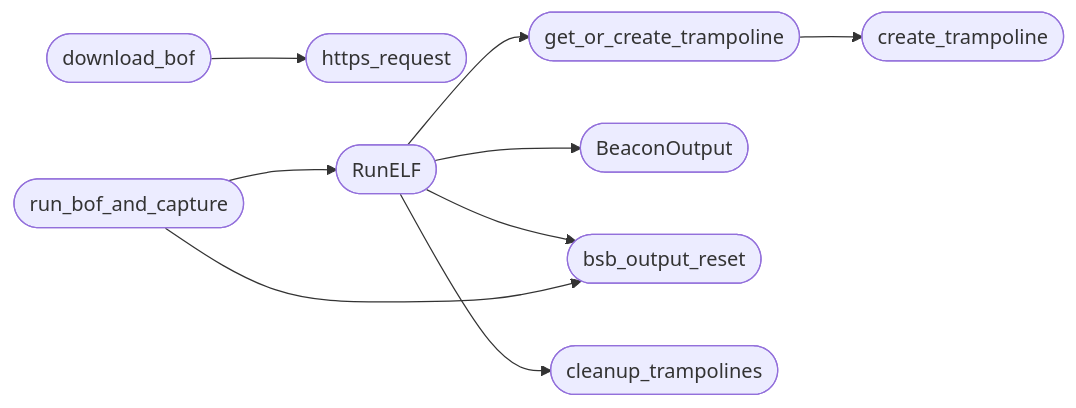
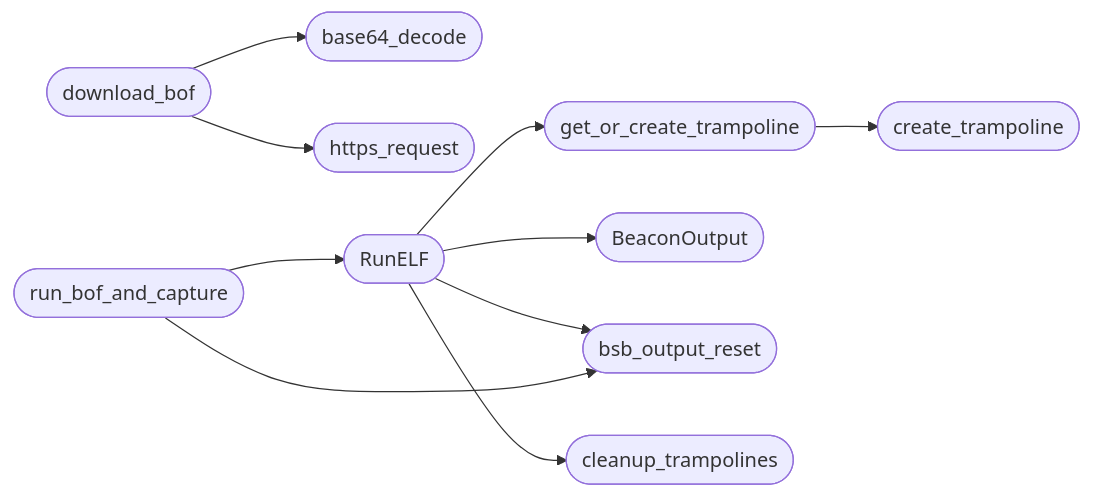
The second of 2 diagrams in readmenator-apidocs/modules/include.beacon_common.c.md (grisuno/blacksandbeacon), drawn with Mermaid before and after one commit. The commit also changed other lines of this file and 160 other files, not shown here.

First line of the commit message:
fix(bof): decode base64 BOF payload in beacon; W^X trampolines; forced stack alignment in BOF call; hex to sha256// pin conversion; activate round-trip and TLS pinning integration tests; move legacy snapshots

````diff
--- a/readmenator-apidocs/modules/include.beacon_common.c.md
+++ b/readmenator-apidocs/modules/include.beacon_common.c.md
@@ -26,20 +26,22 @@
 ```mermaid
 flowchart LR
     n_include_beacon_common_c__get_or_create_trampoline(["get_or_create_trampoline"])
     n_include_beacon_common_c__create_trampoline(["create_trampoline"])
     n_include_beacon_common_c__download_bof(["download_bof"])
+    n_include_beacon_common_c__base64_decode(["base64_decode"])
     n_include_beacon_common_c__https_request(["https_request"])
     n_include_beacon_common_c__RunELF(["RunELF"])
     n_include_beacon_common_c__BeaconOutput(["BeaconOutput"])
     n_include_beacon_common_c__bsb_output_reset(["bsb_output_reset"])
     n_include_beacon_common_c__cleanup_trampolines(["cleanup_trampolines"])
     n_include_beacon_common_c__run_bof_and_capture(["run_bof_and_capture"])
     n_include_beacon_common_c__get_or_create_trampoline --> n_include_beacon_common_c__create_trampoline
+    n_include_beacon_common_c__download_bof --> n_include_beacon_common_c__base64_decode
     n_include_beacon_common_c__download_bof --> n_include_beacon_common_c__https_request
     n_include_beacon_common_c__RunELF --> n_include_beacon_common_c__BeaconOutput
     n_include_beacon_common_c__RunELF --> n_include_beacon_common_c__bsb_output_reset
     n_include_beacon_common_c__RunELF --> n_include_beacon_common_c__cleanup_trampolines
     n_include_beacon_common_c__RunELF --> n_include_beacon_common_c__get_or_create_trampoline
     n_include_beacon_common_c__run_bof_and_capture --> n_include_beacon_common_c__RunELF
     n_include_beacon_common_c__run_bof_and_capture --> n_include_beacon_common_c__bsb_output_reset
 ```
````
